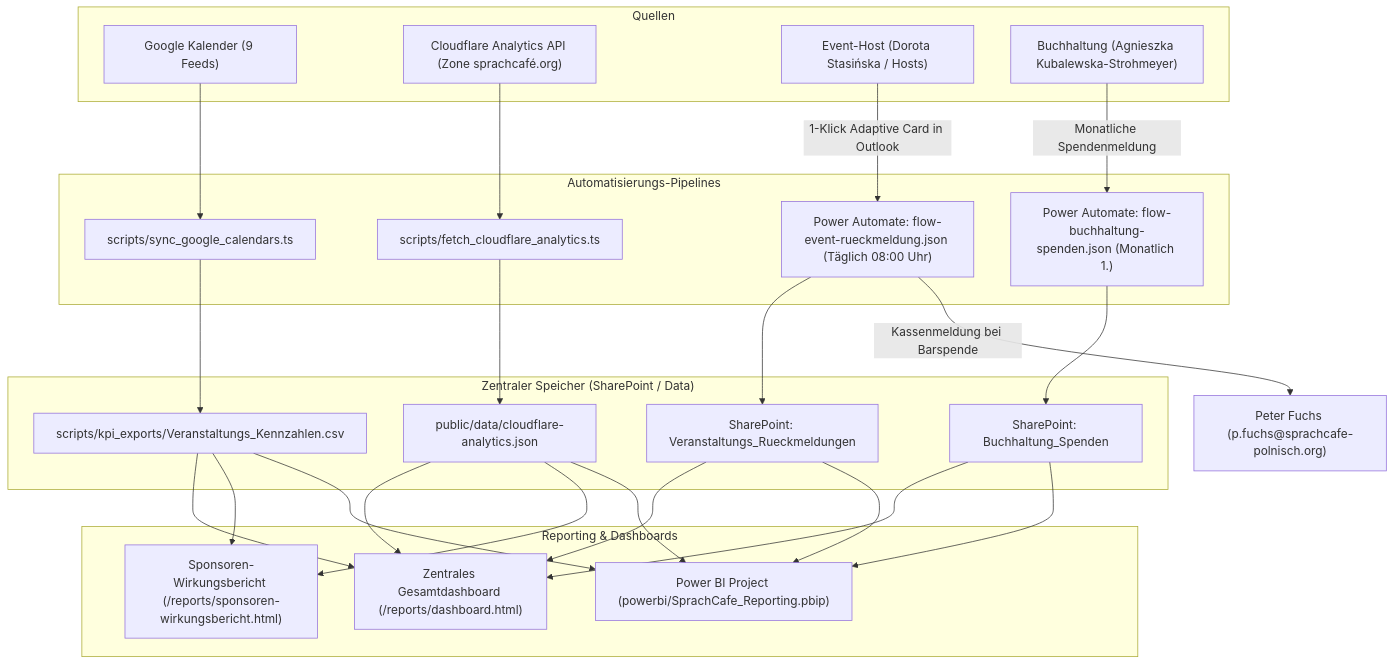
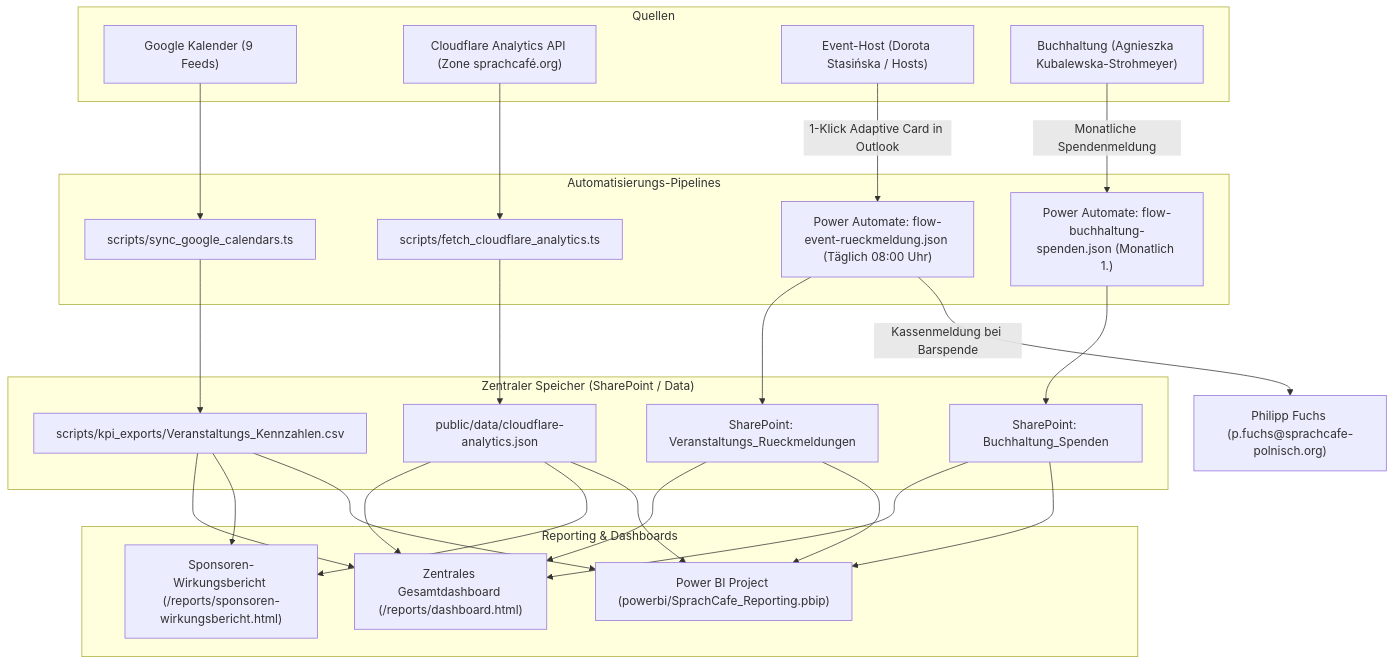
One commit to fuchstv/sprachcafe-relaunch changed the diagram in docs/UNIFIED_DASHBOARD_AND_FLOWS.md. Above: the diagram before and after it, drawn with Mermaid. The commit also changed other lines of this file and 4 other files, not shown here.

Commit message:
docs: add comprehensive system synchronization and operation guide with nightly schedules and flow triggers

````diff
--- a/docs/UNIFIED_DASHBOARD_AND_FLOWS.md
+++ b/docs/UNIFIED_DASHBOARD_AND_FLOWS.md
@@ -21,41 +21,41 @@
 ```mermaid
 flowchart TD
     subgraph Quellen
         GC["Google Kalender (9 Feeds)"]
         CF["Cloudflare Analytics API (Zone sprachcafé.org)"]
         HOST["Event-Host (Dorota Stasińska / Hosts)"]
         ACCO["Buchhaltung (Agnieszka Kubalewska-Strohmeyer)"]
     end
 
     subgraph Automatisierung ["Automatisierungs-Pipelines"]
         SYNC["scripts/sync_google_calendars.ts"]
         CF_SYNC["scripts/fetch_cloudflare_analytics.ts"]
         FLOW_EVENT["Power Automate: flow-event-rueckmeldung.json (Täglich 08:00 Uhr)"]
         FLOW_FINANZ["Power Automate: flow-buchhaltung-spenden.json (Monatlich 1.)"]
     end
 
     subgraph Datenspeicher ["Zentraler Speicher (SharePoint / Data)"]
         SP_EVENT["SharePoint: Veranstaltungs_Rueckmeldungen"]
         SP_FINANZ["SharePoint: Buchhaltung_Spenden"]
         DATA_JSON["public/data/cloudflare-analytics.json"]
         DATA_CSV["scripts/kpi_exports/Veranstaltungs_Kennzahlen.csv"]
     end
 
     subgraph Ausgabe ["Reporting & Dashboards"]
         DASHBOARD["Zentrales Gesamtdashboard (/reports/dashboard.html)"]
         SPONSOR["Sponsoren-Wirkungsbericht (/reports/sponsoren-wirkungsbericht.html)"]
         PBI["Power BI Project (powerbi/SprachCafe_Reporting.pbip)"]
     end
 
     GC --> SYNC --> DATA_CSV
     CF --> CF_SYNC --> DATA_JSON
 
     HOST -->|1-Klick Adaptive Card in Outlook| FLOW_EVENT --> SP_EVENT
-    FLOW_EVENT -->|Kassenmeldung bei Barspende| PETER["Peter Fuchs (p.fuchs@sprachcafe-polnisch.org)"]
+    FLOW_EVENT -->|Kassenmeldung bei Barspende| PHILIPP["Philipp Fuchs (p.fuchs@sprachcafe-polnisch.org)"]
 
     ACCO -->|Monatliche Spendenmeldung| FLOW_FINANZ --> SP_FINANZ
 
     DATA_CSV & DATA_JSON & SP_EVENT & SP_FINANZ --> DASHBOARD
     DATA_CSV & DATA_JSON --> SPONSOR
     DATA_CSV & DATA_JSON & SP_EVENT & SP_FINANZ --> PBI
 ```
````
